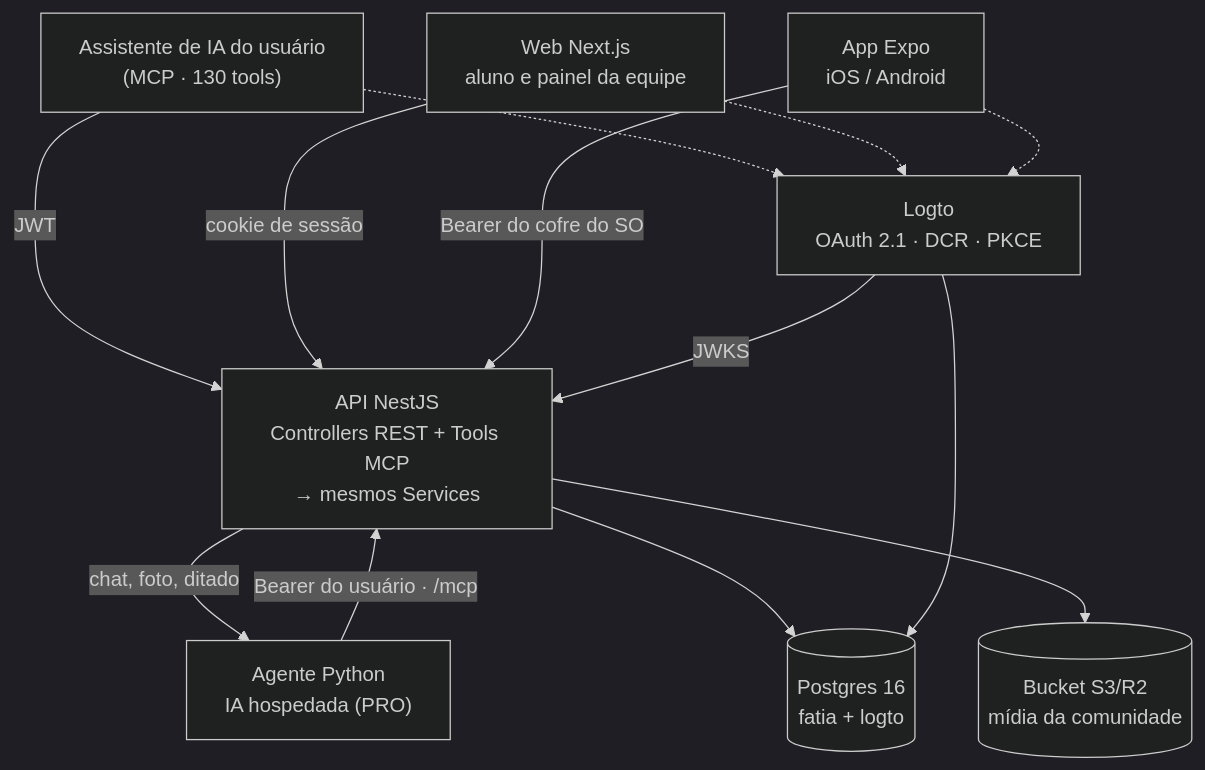
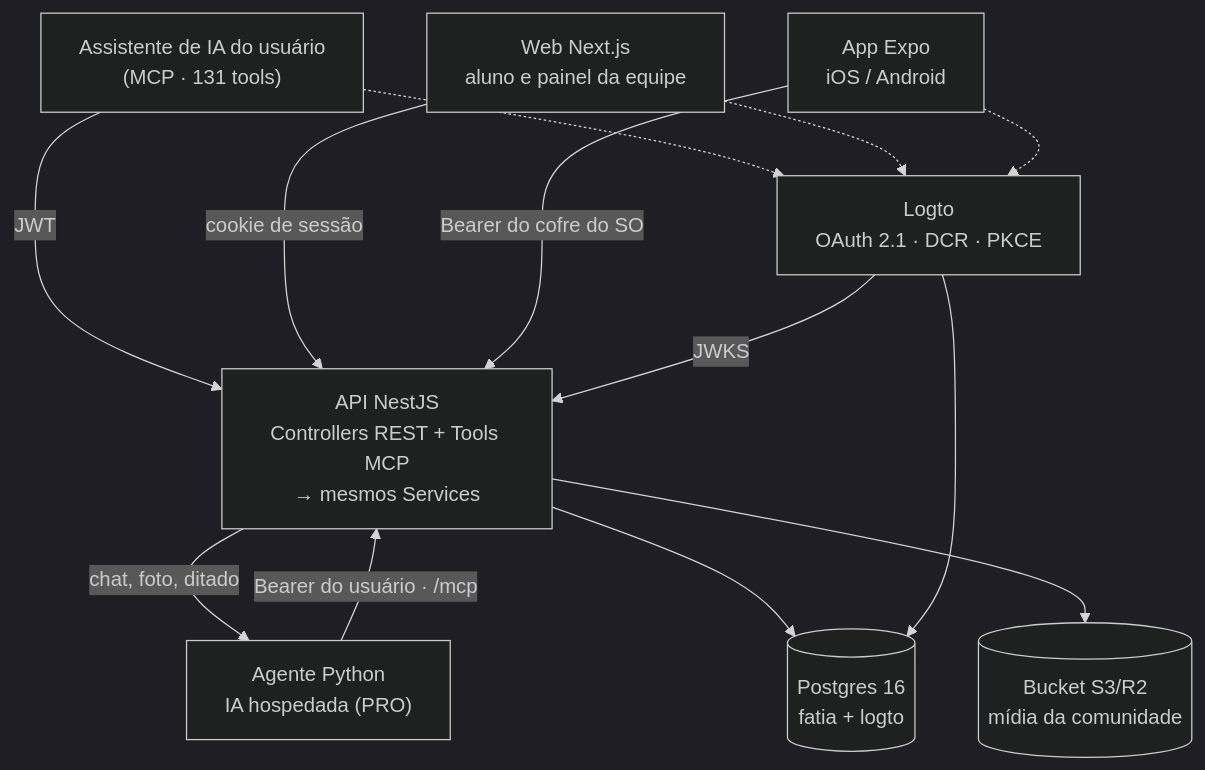
The diagram in README.md (ThiagoCarreiraVallim/fatia), drawn with Mermaid (dark theme) before and after one commit. The commit also changed other lines of this file and 9 other files, not shown here.

````diff
--- a/README.md
+++ b/README.md
@@ -33,24 +33,24 @@
 ```mermaid
 flowchart TD
-    claude["Assistente de IA do usuário<br/>(MCP · 130 tools)"]
+    claude["Assistente de IA do usuário<br/>(MCP · 131 tools)"]
     pwa["Web Next.js<br/>aluno e painel da equipe"]
     mobile["App Expo<br/>iOS / Android"]
     agent["Agente Python<br/>IA hospedada (PRO)"]
     logto["Logto<br/>OAuth 2.1 · DCR · PKCE"]
     api["API NestJS<br/>Controllers REST + Tools MCP<br/>→ mesmos Services"]
     pg[("Postgres 16<br/>fatia + logto")]
     s3[("Bucket S3/R2<br/>mídia da comunidade")]
 
     claude -- "JWT" --> api
     pwa -- "cookie de sessão" --> api
     mobile -- "Bearer do cofre do SO" --> api
     api -- "chat, foto, ditado" --> agent
     agent -- "Bearer do usuário · /mcp" --> api
     claude -.-> logto
     pwa -.-> logto
     mobile -.-> logto
     logto -- "JWKS" --> api
     api --> pg
     api --> s3
     logto --> pg
 ```
````
